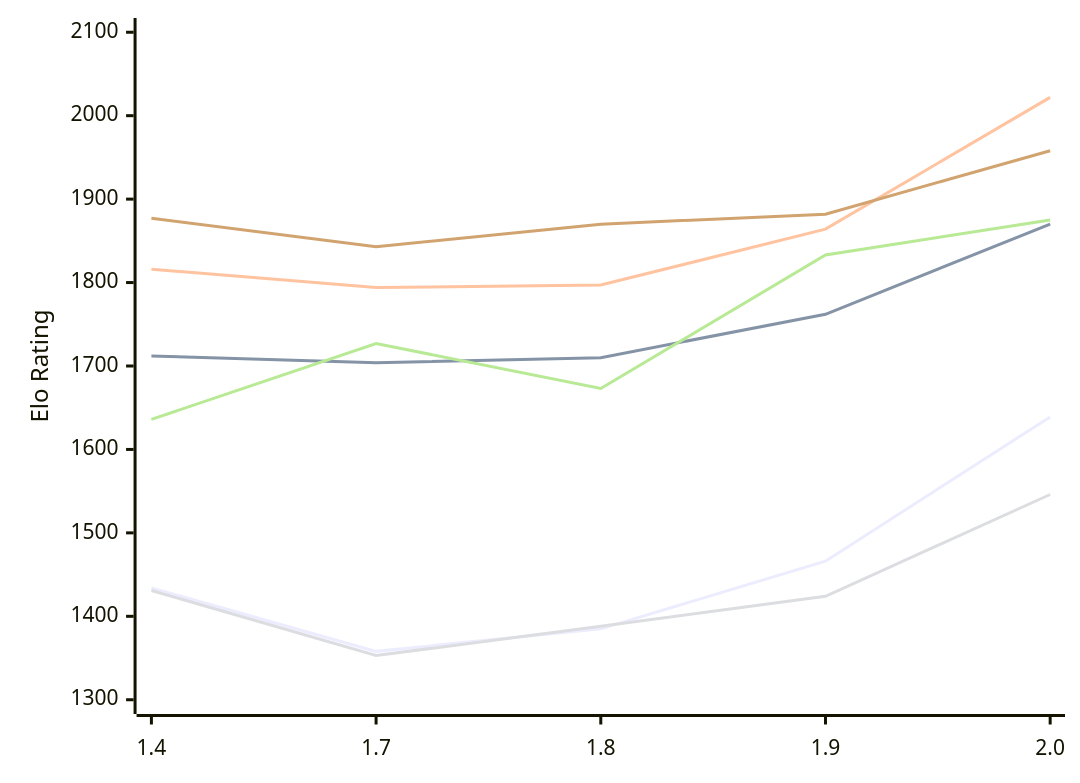
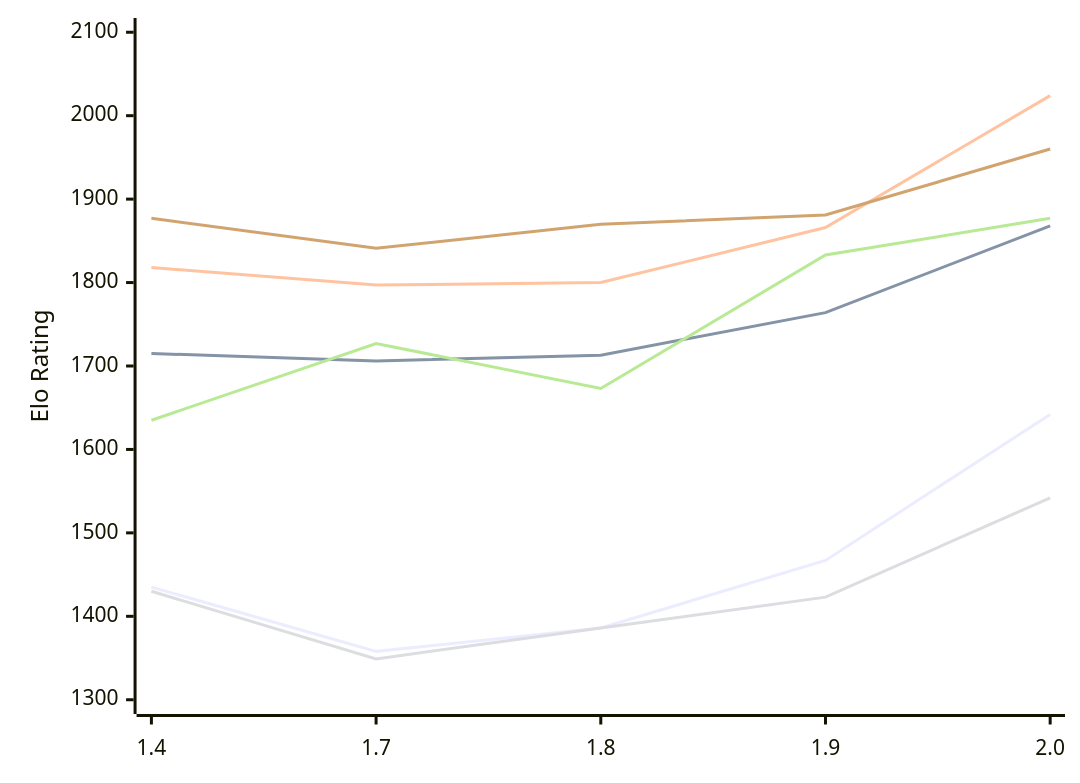
One commit to computer-chess-index/cci changed the diagram in engines/Russell.md. Above: the diagram before and after it, drawn with Mermaid. The commit also changed other lines of this file, not shown here.

Commit message:
Update CCI Ratings (ELO VLTC) - 2026-11-22

````diff
--- a/engines/Russell.md
+++ b/engines/Russell.md
@@ -55,12 +55,12 @@
 ```mermaid
 %%{init: {"theme":"base","themeVariables":{"seriesColors:['#a3a3a3','#222221','#faa371']}}}%%
 xychart-beta
   x-axis ["1.4", "1.7", "1.8", "1.9", "2.0"]
   y-axis "Elo Rating" 1300 --> 2100
-  line "E1: STC (8.0+0.08s)" [1434, 1358, 1385, 1466, 1639]
-  line "E1: LTC (60.0+0.60s)" [1712, 1704, 1710, 1762, 1870]
-  line "E1: VLTC (2m24s+1.12s)" [1816, 1794, 1797, 1864, 2022]
-  line "P1: STC (8.0+0.08s)" [1431, 1353, 1388, 1424, 1546]
-  line "P1: LTC (60.0+0.60s)" [1636, 1727, 1673, 1833, 1875]
-  line "P1: VLTC (2m24s+1.12s)" [1877, 1843, 1870, 1882, 1958]
+  line "E1: STC (8.0+0.08s)" [1435, 1358, 1386, 1467, 1642]
+  line "E1: LTC (60.0+0.60s)" [1715, 1706, 1713, 1764, 1868]
+  line "E1: VLTC (2m24s+1.12s)" [1818, 1797, 1800, 1866, 2024]
+  line "P1: STC (8.0+0.08s)" [1430, 1349, 1386, 1423, 1542]
+  line "P1: LTC (60.0+0.60s)" [1635, 1727, 1673, 1833, 1877]
+  line "P1: VLTC (2m24s+1.12s)" [1877, 1841, 1870, 1881, 1960]
 ```
````
